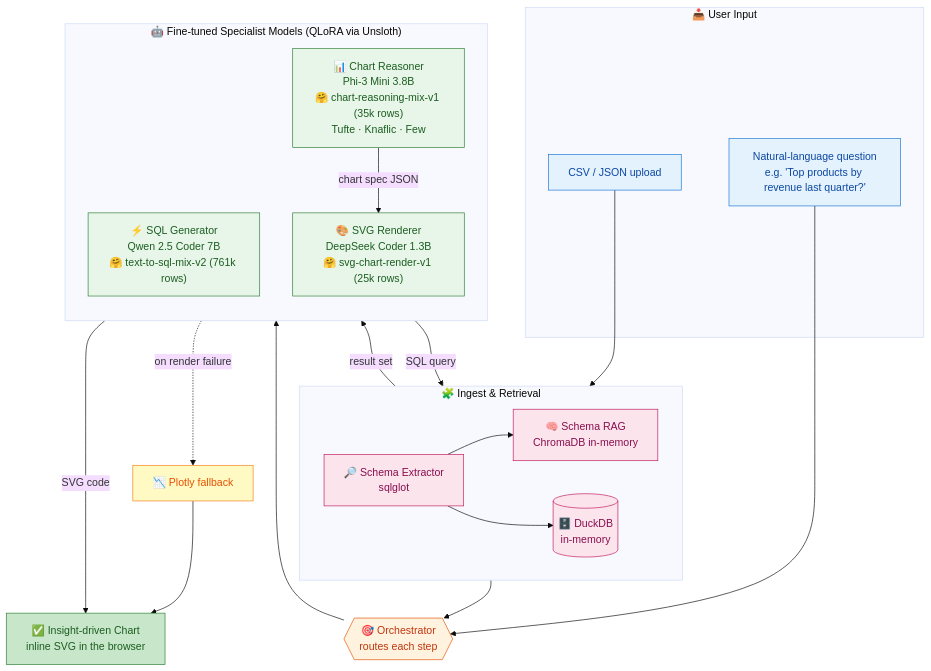
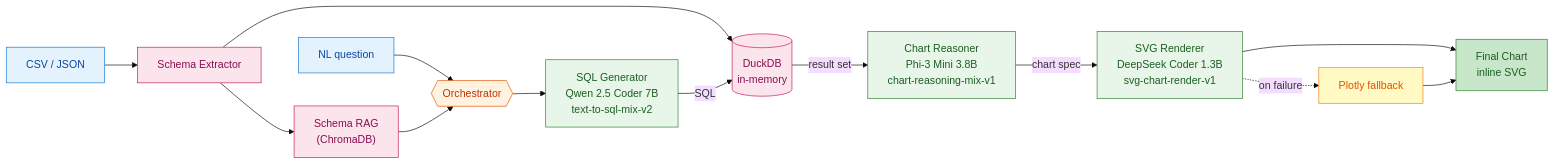
One commit to DanielRegaladoUMiami/sql-agent-llmops changed the diagram in README.md. Above: the diagram before and after it, drawn with Mermaid (base theme). The commit also changed other lines of this file, not shown here.

Commit message:
Simplify architecture diagram: no emojis, shorter node labels, LR flow
Previous TB layout with emojis was cutting off text in GitHub's
Mermaid renderer. Switch to LR, strip emojis, shorten each node to
3 short lines at most. Add a prose flow explanation below for context
the diagram cannot carry.

````diff
--- a/README.md
+++ b/README.md
@@ -37,53 +37,45 @@
 ```mermaid
-flowchart TB
-    subgraph INPUT["📥 User Input"]
-        U1["CSV / JSON upload"]
-        U2["Natural-language question<br/>e.g. 'Top products by revenue last quarter?'"]
-    end
+flowchart LR
+    U1["CSV / JSON"]
+    U2["NL question"]
 
-    subgraph INGEST["🧩 Ingest & Retrieval"]
-        direction LR
-        SX["🔎 Schema Extractor<br/>sqlglot"]
-        RAG["🧠 Schema RAG<br/>ChromaDB in-memory"]
-        DB[("🗄️ DuckDB<br/>in-memory")]
-        SX --> RAG
-        SX --> DB
-    end
+    SX["Schema Extractor"]
+    RAG["Schema RAG<br/>(ChromaDB)"]
+    DB[("DuckDB<br/>in-memory")]
 
-    ORCH{{"🎯 Orchestrator<br/>routes each step"}}
+    ORCH{{"Orchestrator"}}
 
-    subgraph MODELS["🤖 Fine-tuned Specialist Models (QLoRA via Unsloth)"]
-        direction TB
-        M1["⚡ SQL Generator<br/>Qwen 2.5 Coder 7B<br/>🤗 text-to-sql-mix-v2 (761k rows)"]
-        M2["📊 Chart Reasoner<br/>Phi-3 Mini 3.8B<br/>🤗 chart-reasoning-mix-v1 (35k rows)<br/>Tufte · Knaflic · Few"]
-        M3["🎨 SVG Renderer<br/>DeepSeek Coder 1.3B<br/>🤗 svg-chart-render-v1 (25k rows)"]
-    end
+    M1["SQL Generator<br/>Qwen 2.5 Coder 7B<br/>text-to-sql-mix-v2"]
+    M2["Chart Reasoner<br/>Phi-3 Mini 3.8B<br/>chart-reasoning-mix-v1"]
+    M3["SVG Renderer<br/>DeepSeek Coder 1.3B<br/>svg-chart-render-v1"]
 
-    OUT["✅ Insight-driven Chart<br/>inline SVG in the browser"]
-    FB["📉 Plotly fallback"]
+    OUT["Final Chart<br/>inline SVG"]
+    FB["Plotly fallback"]
 
     U1 --> SX
+    SX --> RAG
+    SX --> DB
     U2 --> ORCH
     RAG --> ORCH
     ORCH --> M1
-    M1 -->|SQL query| DB
+    M1 -->|SQL| DB
     DB -->|result set| M2
-    M2 -->|chart spec JSON| M3
-    M3 -->|SVG code| OUT
-    M3 -.->|on render failure| FB
+    M2 -->|chart spec| M3
+    M3 --> OUT
+    M3 -.->|on failure| FB
     FB --> OUT
 
     classDef input fill:#E3F2FD,stroke:#1976D2,color:#0D47A1
     classDef ingest fill:#FCE4EC,stroke:#C2185B,color:#880E4F
     classDef orch fill:#FFF3E0,stroke:#E65100,color:#BF360C
     classDef model fill:#E8F5E9,stroke:#2E7D32,color:#1B5E20
     classDef output fill:#C8E6C9,stroke:#2E7D32,color:#1B5E20
     classDef fallback fill:#FFF9C4,stroke:#F57F17,color:#E65100
 
     class U1,U2 input
     class SX,RAG,DB ingest
     class ORCH orch
     class M1,M2,M3 model
     class OUT output
     class FB fallback
 ```
````
